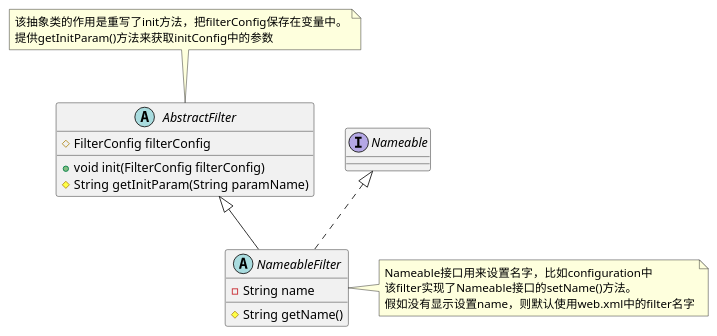
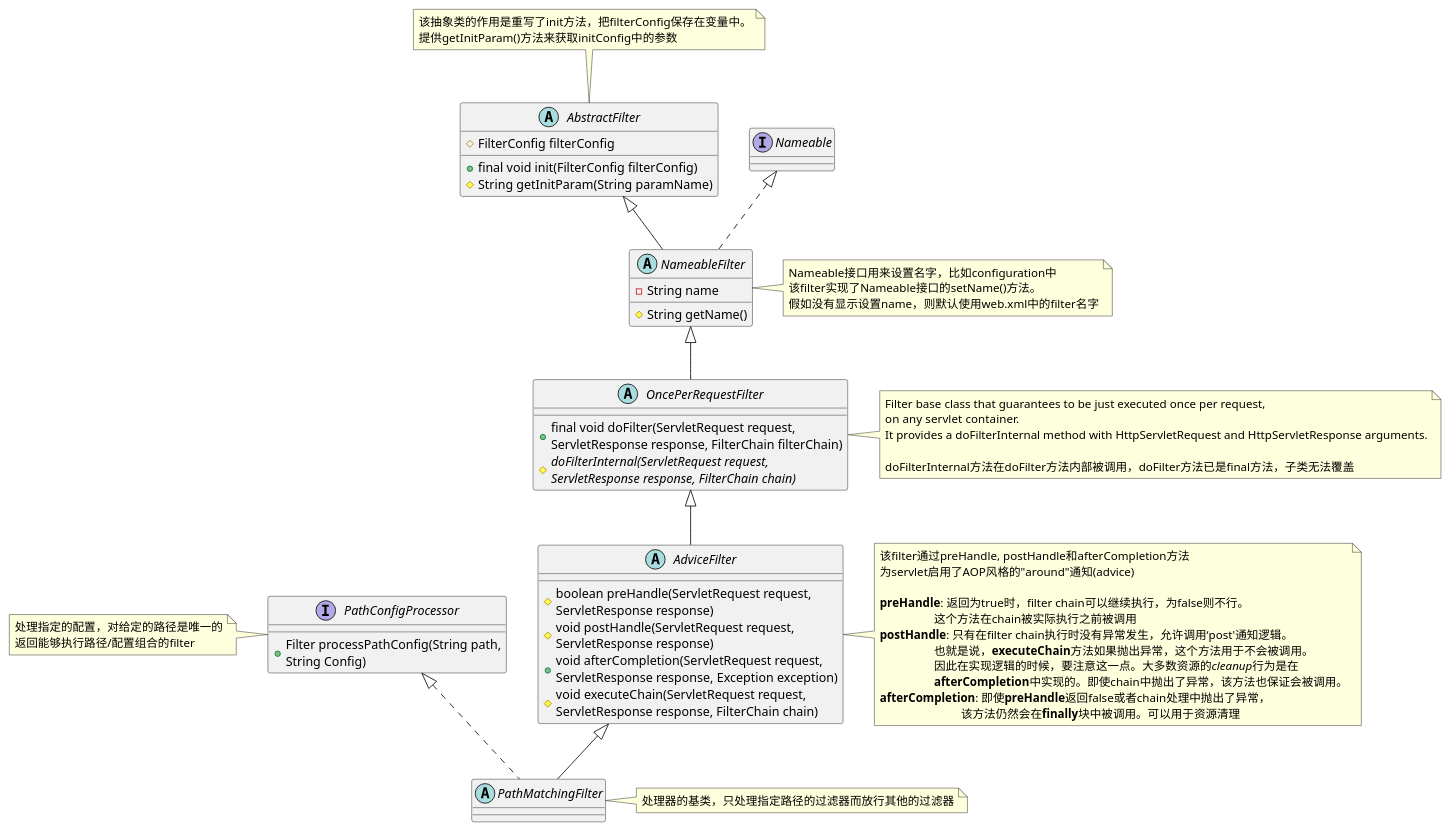
The diagram in zheng-upms/filtersUML.puml (amykiki/zheng), drawn with PlantUML before and after one commit.

```diff
--- a/zheng-upms/filtersUML.puml
+++ b/zheng-upms/filtersUML.puml
@@ -1,21 +1,73 @@
 @startuml
 abstract class AbstractFilter {
 #FilterConfig filterConfig
-+void init(FilterConfig filterConfig)
++final void init(FilterConfig filterConfig)
 #String getInitParam(String paramName)
 }
 
 interface Nameable
 
 abstract class NameableFilter {
 -String name
 #String getName()
 }
 
+abstract class OncePerRequestFilter {
++ final void doFilter(ServletRequest request, \nServletResponse response, FilterChain filterChain)
+#{abstract} doFilterInternal(ServletRequest request, \nServletResponse response, FilterChain chain)
+}
+
+abstract class AdviceFilter {
+# boolean preHandle(ServletRequest request, \nServletResponse response)
+# void postHandle(ServletRequest request, \nServletResponse response)
++ void afterCompletion(ServletRequest request, \nServletResponse response, Exception exception)
+# void executeChain(ServletRequest request, \nServletResponse response, FilterChain chain)
+}
+
+interface PathConfigProcessor {
++ Filter processPathConfig(String path,\nString Config)
+}
+
+abstract class PathMatchingFilter {
+}
+AbstractFilter <|-- NameableFilter
+Nameable <|.. NameableFilter
+NameableFilter <|-- OncePerRequestFilter
+OncePerRequestFilter <|-- AdviceFilter
+PathConfigProcessor <|.. PathMatchingFilter
+AdviceFilter <|-- PathMatchingFilter
 note top of AbstractFilter : 该抽象类的作用是重写了init方法，把filterConfig保存在变量中。\n提供getInitParam()方法来获取initConfig中的参数
 
 note right of NameableFilter : Nameable接口用来设置名字，比如configuration中\n该filter实现了Nameable接口的setName()方法。\n假如没有显示设置name，则默认使用web.xml中的filter名字
 
-AbstractFilter <|-- NameableFilter
-Nameable <|.. NameableFilter
+note right of OncePerRequestFilter
+Filter base class that guarantees to be just executed once per request,
+on any servlet container.
+It provides a doFilterInternal method with HttpServletRequest and HttpServletResponse arguments.
+
+doFilterInternal方法在doFilter方法内部被调用，doFilter方法已是final方法，子类无法覆盖
+end note
+
+note right of AdviceFilter
+该filter通过preHandle, postHandle和afterCompletion方法
+为servlet启用了AOP风格的"around"通知(advice)
+
+<b>preHandle</b>: 返回为true时，filter chain可以继续执行，为false则不行。
+                  这个方法在chain被实际执行之前被调用
+<b>postHandle</b>: 只有在filter chain执行时没有异常发生，允许调用‘post'通知逻辑。
+                  也就是说，<b>executeChain</b>方法如果抛出异常，这个方法用于不会被调用。
+                  因此在实现逻辑的时候，要注意这一点。大多数资源的<i>cleanup</i>行为是在
+                  <b>afterCompletion</b>中实现的。即使chain中抛出了异常，该方法也保证会被调用。
+<b>afterCompletion</b>: 即使<b>preHandle</b>返回false或者chain处理中抛出了异常，
+                           该方法仍然会在<b>finally</b>块中被调用。可以用于资源清理
+end note
+
+note left of PathConfigProcessor
+处理指定的配置，对给定的路径是唯一的
+返回能够执行路径/配置组合的filter
+end note
+
+note right of PathMatchingFilter
+处理器的基类，只处理指定路径的过滤器而放行其他的过滤器
+end note
 @enduml
```
